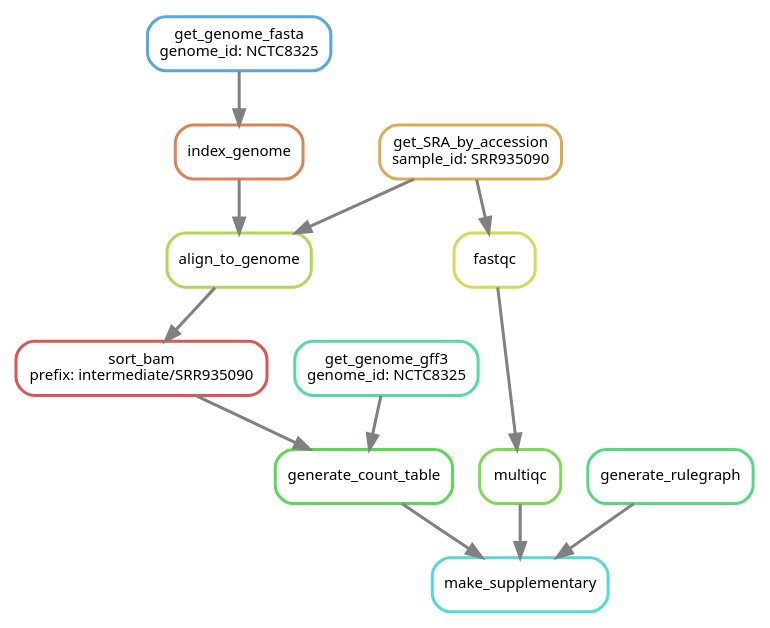
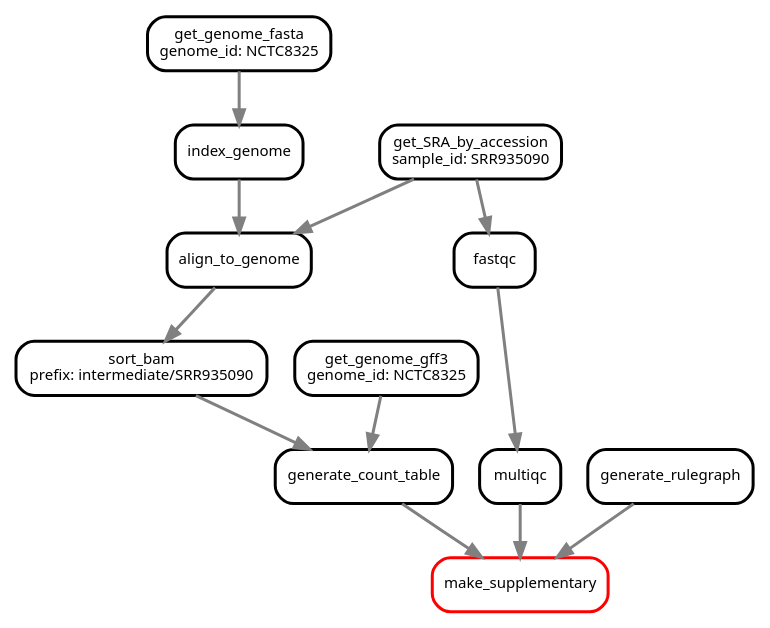
Before and after one commit to NBISweden/workshop-reproducible-research: the tenth of 12 diagrams in lectures/snakemake/snakemake.qmd, drawn with Graphviz. The commit also changed other lines of this file, not shown here.

````diff
--- a/lectures/snakemake/snakemake.qmd
+++ b/lectures/snakemake/snakemake.qmd
@@ -675,29 +675,29 @@
 ``` {dot}
 digraph snakemake_dag {
     graph[bgcolor=white, margin=1];
     node[shape=box, style=rounded, fontname=sans,                 fontsize=10, penwidth=2];
     edge[penwidth=2, color=grey];
-        0[label = "make_supplementary", color = "0.50 0.6 0.85", style="rounded"];
-        1[label = "generate_count_table", color = "0.33 0.6 0.85", style="rounded"];
-        2[label = "sort_bam\nprefix: intermediate/SRR935090", color = "0.00 0.6 0.85", style="rounded"];
-        3[label = "align_to_genome", color = "0.22 0.6 0.85", style="rounded"];
-        4[label = "get_SRA_by_accession\nsample_id: SRR935090", color = "0.11 0.6 0.85", style="rounded"];
-        5[label = "index_genome", color = "0.06 0.6 0.85", style="rounded"];
-        6[label = "get_genome_fasta\ngenome_id: NCTC8325", color = "0.56 0.6 0.85", style="rounded"];
-        7[label = "get_genome_gff3\ngenome_id: NCTC8325", color = "0.44 0.6 0.85", style="rounded"];
-        8[label = "multiqc", color = "0.28 0.6 0.85", style="rounded"];
-        9[label = "fastqc", color = "0.17 0.6 0.85", style="rounded"];
-        10[label = "generate_rulegraph", color = "0.39 0.6 0.85", style="rounded"];
+        0[label = "make_supplementary", color = "red", style="rounded"];
+        1[label = "generate_count_table", color = "black", style="rounded"];
+        2[label = "sort_bam\nprefix: intermediate/SRR935090", color = "black", style="rounded"];
+        3[label = "align_to_genome", color = "black", style="rounded"];
+        4[label = "get_SRA_by_accession\nsample_id: SRR935090", color = "black", style="rounded"];
+        5[label = "index_genome", color = "black", style="rounded"];
+        6[label = "get_genome_fasta\ngenome_id: NCTC8325", color = "black", style="rounded"];
+        7[label = "get_genome_gff3\ngenome_id: NCTC8325", color = "black", style="rounded"];
+        8[label = "multiqc", color = "black", style="rounded"];
+        9[label = "fastqc", color = "black", style="rounded"];
+        10[label = "generate_rulegraph", color = "black", style="rounded"];
         1 -> 0
         8 -> 0
         10 -> 0
         2 -> 1
         7 -> 1
         3 -> 2
         4 -> 3
         5 -> 3
         6 -> 5
         9 -> 8
         4 -> 9
 } 
 ```
````
